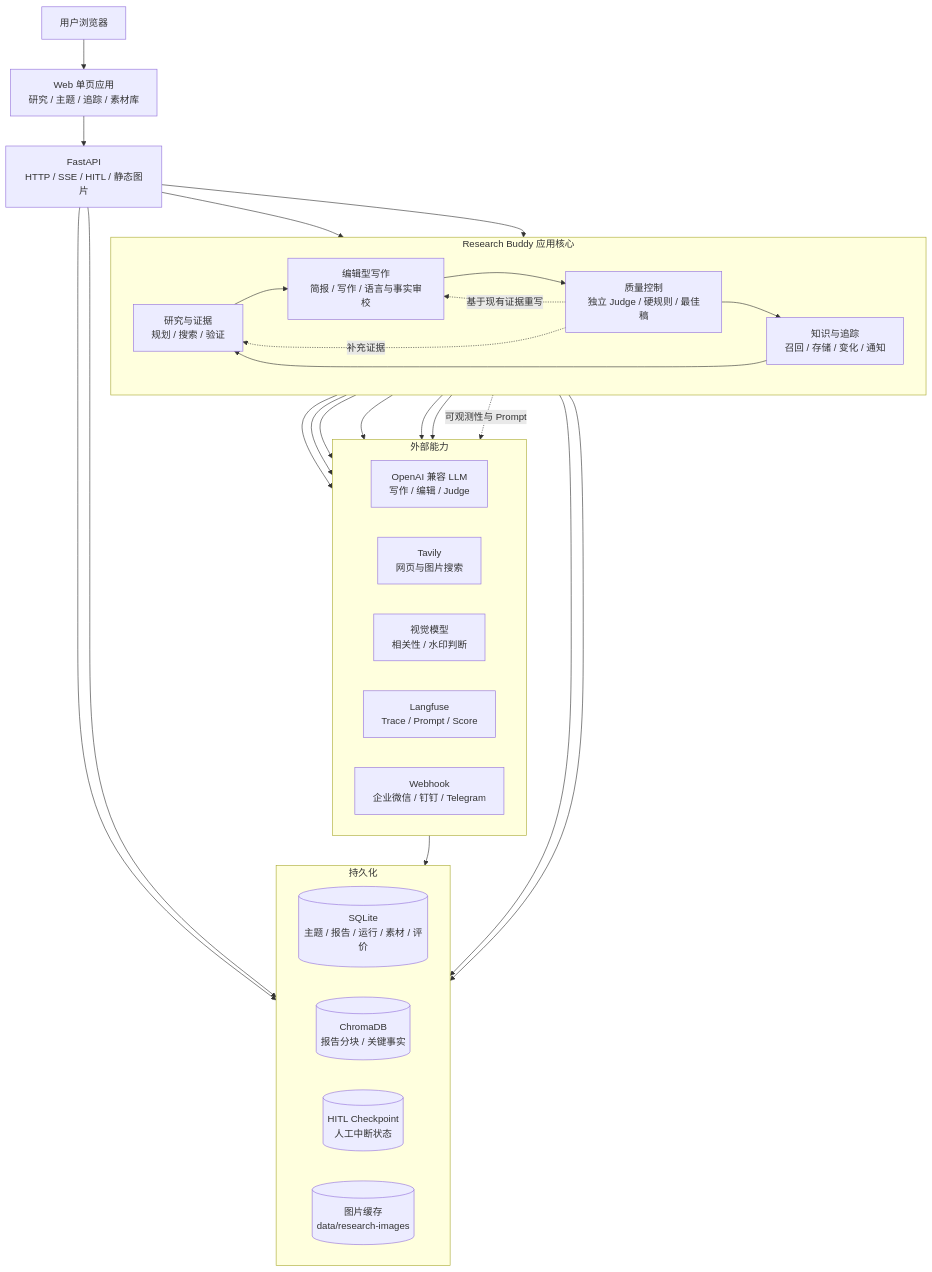
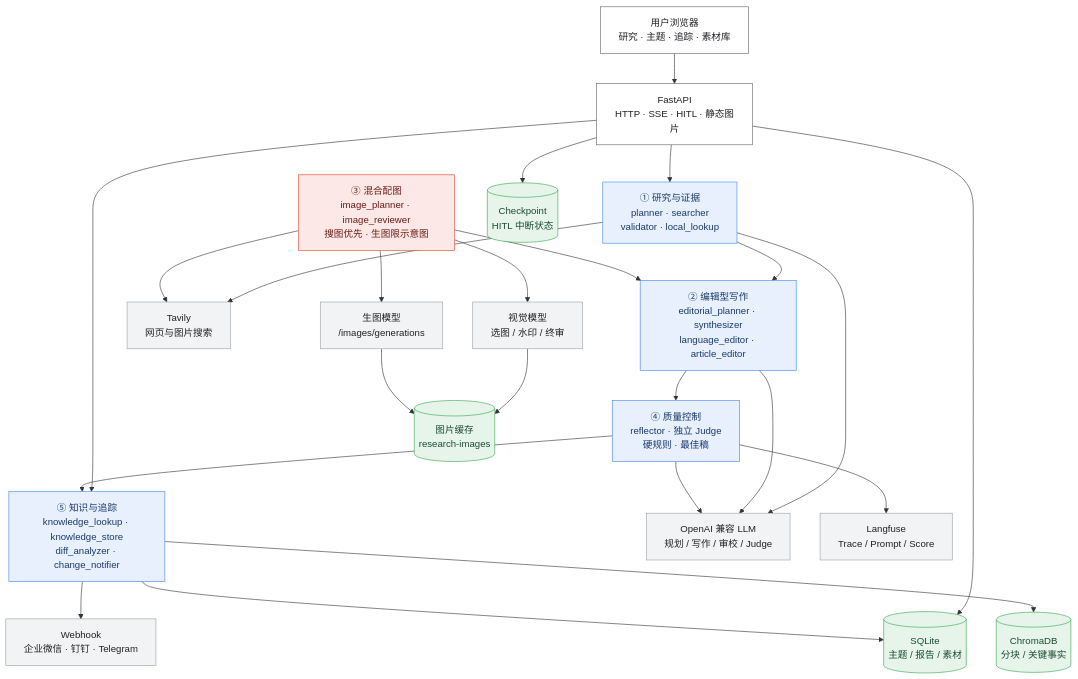
Before and after one commit to JerryZ01/research-buddy: the diagram in docs/diagrams/architecture-overview.mmd, drawn with Mermaid. The commit also changed 8 other files, not shown here.

First line of the commit message:
docs: 新增架构图与工作流图，README 接入概念图

```diff
--- a/docs/diagrams/architecture-overview.mmd
+++ b/docs/diagrams/architecture-overview.mmd
@@ -1,51 +1,64 @@
+%% Research Buddy 系统架构总览（与 src/research_buddy/ 当前实现一致：15 节点 / 6 工具 / 4 种工作流）
+%% 渲染：npm run docs:diagrams
+%% 注意 1：Mermaid 子图只要有一条边跨越子图边界，direction 就会被忽略并强制竖排，
+%%         所以这里不用 subgraph，改用自上而下分层。
+%% 注意 2：HTML 标签（<b>/<i>）在 text-only 模式下会被转义成字面量，
+%%         这里只用 <br/> 和纯文本，确保 GitHub 上文字完整可读。
 flowchart TB
-    User[用户浏览器] --> Web[Web 单页应用<br/>研究 / 主题 / 追踪 / 素材库]
-    Web --> API[FastAPI<br/>HTTP / SSE / HITL / 静态图片]
+    User["用户浏览器<br/>研究 · 主题 · 追踪 · 素材库"]
+    API["FastAPI<br/>HTTP · SSE · HITL · 静态图片"]
 
-    subgraph APP[Research Buddy 应用核心]
-        direction LR
-        Research[研究与证据<br/>规划 / 搜索 / 验证]
-        Editing[编辑型写作<br/>简报 / 写作 / 语言与事实审校]
-        Quality[质量控制<br/>独立 Judge / 硬规则 / 最佳稿]
-        Knowledge[知识与追踪<br/>召回 / 存储 / 变化 / 通知]
+    Research["① 研究与证据<br/>planner · searcher<br/>validator · local_lookup"]
+    Editing["② 编辑型写作<br/>editorial_planner · synthesizer<br/>language_editor · article_editor"]
+    Images["③ 混合配图<br/>image_planner · image_reviewer<br/>搜图优先 · 生图限示意图"]
+    Quality["④ 质量控制<br/>reflector · 独立 Judge<br/>硬规则 · 最佳稿"]
+    Knowledge["⑤ 知识与追踪<br/>knowledge_lookup · knowledge_store<br/>diff_analyzer · change_notifier"]
 
-        Research --> Editing --> Quality
-        Quality -.补充证据.-> Research
-        Quality -.基于现有证据重写.-> Editing
-        Knowledge --> Research
-        Quality --> Knowledge
-    end
+    LLM["OpenAI 兼容 LLM<br/>规划 / 写作 / 审校 / Judge"]
+    Tavily["Tavily<br/>网页与图片搜索"]
+    Vision["视觉模型<br/>选图 / 水印 / 终审"]
+    ImageGen["生图模型<br/>/images/generations"]
+    Langfuse["Langfuse<br/>Trace / Prompt / Score"]
+    Webhook["Webhook<br/>企业微信 · 钉钉 · Telegram"]
 
+    SQLite[("SQLite<br/>主题 / 报告 / 素材")]
+    Chroma[("ChromaDB<br/>分块 / 关键事实")]
+    Checkpoint[("Checkpoint<br/>HITL 中断状态")]
+    ImgCache[("图片缓存<br/>research-images")]
+
+    User --> API
     API --> Research
     API --> Knowledge
-
-    subgraph EXT[外部能力]
-        direction LR
-        LLM[OpenAI 兼容 LLM<br/>写作 / 编辑 / Judge]
-        Tavily[Tavily<br/>网页与图片搜索]
-        Vision[视觉模型<br/>相关性 / 水印判断]
-        Langfuse[Langfuse<br/>Trace / Prompt / Score]
-        Webhook[Webhook<br/>企业微信 / 钉钉 / Telegram]
-    end
-
-    subgraph DATA[持久化]
-        direction LR
-        SQLite[(SQLite<br/>主题 / 报告 / 运行 / 素材 / 评价)]
-        Chroma[(ChromaDB<br/>报告分块 / 关键事实)]
-        Checkpoint[(HITL Checkpoint<br/>人工中断状态)]
-        Images[(图片缓存<br/>data/research-images)]
-    end
+    Research --> Editing
+    Images --> Editing
+    Editing --> Quality
+    Quality --> Knowledge
 
     Research --> Tavily
     Research --> LLM
     Editing --> LLM
-    Editing --> Vision
+    Images --> Tavily
+    Images --> Vision
+    Images --> ImageGen
     Quality --> LLM
-    APP -.可观测性与 Prompt.-> Langfuse
     Knowledge --> Webhook
+    Quality --> Langfuse
 
     API --> SQLite
     API --> Checkpoint
     Knowledge --> SQLite
     Knowledge --> Chroma
-    Vision --> Images
+    Vision --> ImgCache
+    ImageGen --> ImgCache
+
+    classDef core fill:#E8F0FE,stroke:#4285F4,color:#1A3A6B
+    classDef image fill:#FCE8E6,stroke:#EA4335,color:#6B1B15
+    classDef ext fill:#F1F3F4,stroke:#9AA0A6,color:#202124
+    classDef store fill:#E6F4EA,stroke:#34A853,color:#1B4D2E
+    classDef edge fill:#FFFFFF,stroke:#5F6368,color:#202124
+
+    class Research,Editing,Quality,Knowledge core
+    class Images image
+    class LLM,Tavily,Vision,ImageGen,Langfuse,Webhook ext
+    class SQLite,Chroma,Checkpoint,ImgCache store
+    class User,API edge
```
